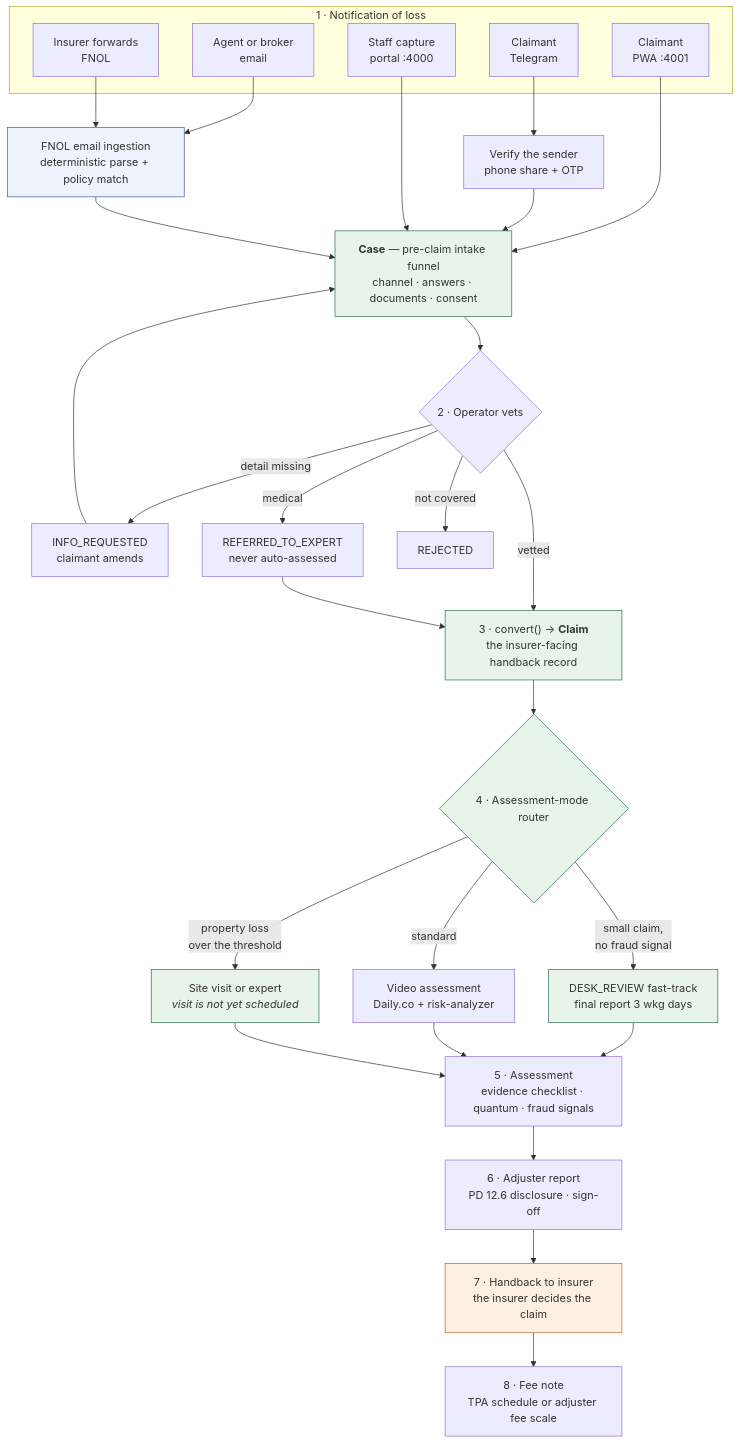
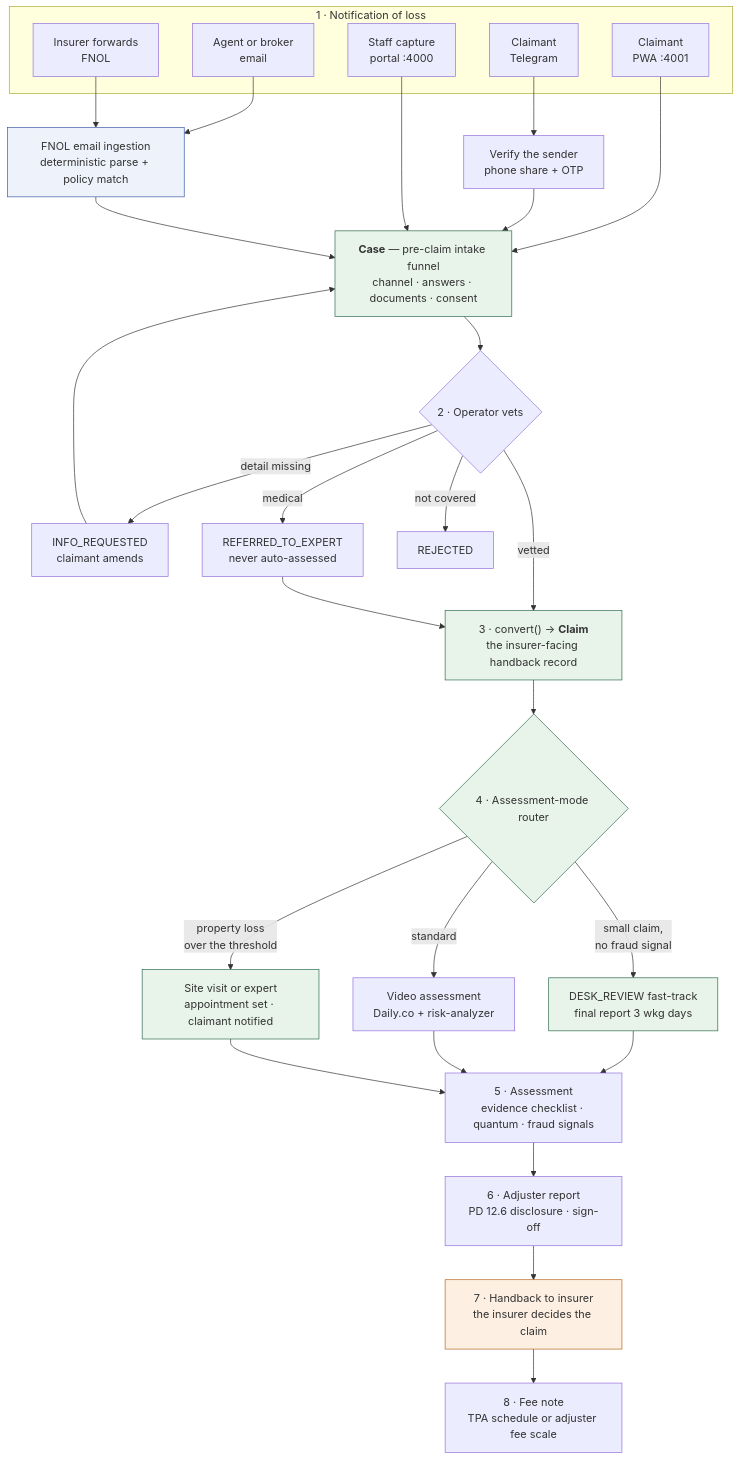
The first of 11 diagrams in docs/USER_FLOWS.md (leobarcove/true-claim-insight), drawn with Mermaid before and after one commit. The commit also changed other lines of this file and 3 other files, not shown here.

````diff
--- a/docs/USER_FLOWS.md
+++ b/docs/USER_FLOWS.md
@@ -18,72 +18,72 @@
 ```mermaid
 flowchart TD
     subgraph INTAKE["1 · Notification of loss"]
         C1["`Claimant
 PWA :4001`"]
         C5["`Claimant
 Telegram`"]
         C2["`Agent or broker
 email`"]
         C3["`Insurer forwards
 FNOL`"]
         C4["`Staff capture
 portal :4000`"]
     end
 
     C1 --> CASE
     C5 --> BIND["`Verify the sender
 phone share + OTP`"]
     BIND --> CASE
     C2 --> ING["`FNOL email ingestion
 deterministic parse + policy match`"]
     C3 --> ING
     C4 --> CASE
     ING --> CASE
 
     CASE["`**Case** — pre-claim intake funnel
 channel · answers · documents · consent`"]
 
     CASE --> VET{"2 · Operator vets"}
     VET -->|"detail missing"| INFO["`INFO_REQUESTED
 claimant amends`"]
     INFO --> CASE
     VET -->|"medical"| EXP["`REFERRED_TO_EXPERT
 never auto-assessed`"]
     VET -->|"not covered"| REJ["REJECTED"]
     VET -->|"vetted"| CONV
     EXP --> CONV
 
     CONV["`3 · convert() → **Claim**
 the insurer-facing handback record`"]
 
     CONV --> MODE{"4 · Assessment-mode router"}
     MODE -->|"`small claim,
 no fraud signal`"| DESK["`DESK_REVIEW fast-track
 final report 3 wkg days`"]
     MODE -->|"standard"| VIDEO["`Video assessment
 Daily.co + risk-analyzer`"]
     MODE -->|"`property loss
 over the threshold`"| SITE["`Site visit or expert
-*visit is not yet scheduled*`"]
+appointment set · claimant notified`"]
 
     DESK --> ASSESS
     VIDEO --> ASSESS
     SITE --> ASSESS
 
     ASSESS["`5 · Assessment
 evidence checklist · quantum · fraud signals`"]
     ASSESS --> REPORT["`6 · Adjuster report
 PD 12.6 disclosure · sign-off`"]
     REPORT --> HANDBACK["`7 · Handback to insurer
 the insurer decides the claim`"]
     HANDBACK --> BILL["`8 · Fee note
 TPA schedule or adjuster fee scale`"]
 
     style CASE fill:#e8f4ea,stroke:#2d6a4f
     style CONV fill:#e8f4ea,stroke:#2d6a4f
     style MODE fill:#e8f4ea,stroke:#2d6a4f
     style DESK fill:#e8f4ea,stroke:#2d6a4f
     style SITE fill:#e8f4ea,stroke:#2d6a4f
     style HANDBACK fill:#fdf0e3,stroke:#b5651d
     style ING fill:#eef2fb,stroke:#3b5bA9
 ```
````
